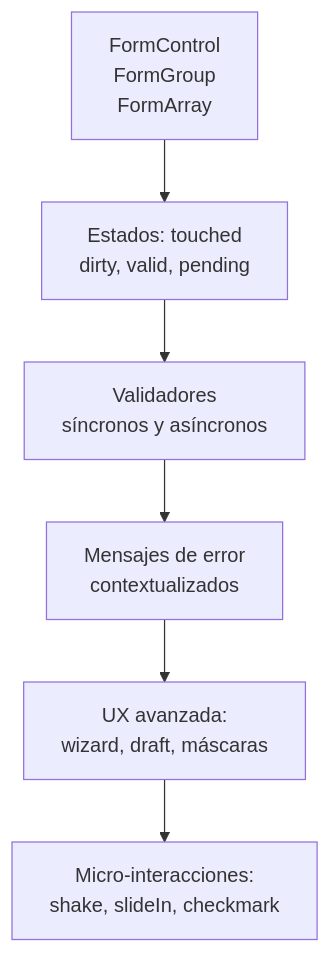
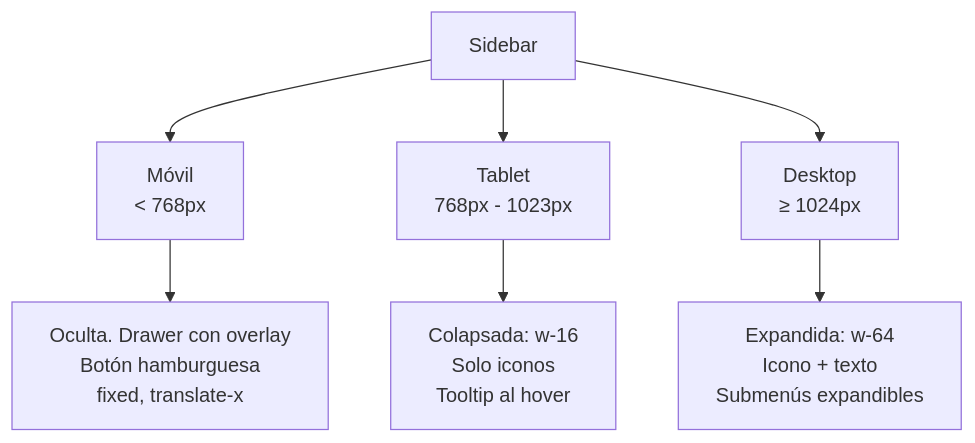
Before and after one commit to Jose-Quesada/presentacion-desarrollo-interfaces-26-27: the third of 4 diagrams in unidad-08.md, drawn with Mermaid. The commit also changed other lines of this file and 52 other files, not shown here.

````diff
--- a/unidad-08.md
+++ b/unidad-08.md
@@ -830,8 +103,9 @@
-```mermaid
+<div class="mermaid">
 graph TD
-    A[FormControl<br/>FormGroup<br/>FormArray] --> B[Estados: touched<br/>dirty, valid, pending]
-    B --> C[Validadores<br/>síncronos y asíncronos]
-    C --> D[Mensajes de error<br/>contextualizados]
-    D --> E[UX avanzada:<br/>wizard, draft, máscaras]
-    E --> F[Micro-interacciones:<br/>shake, slideIn, checkmark]
-```
+    A[Sidebar] --> B[Móvil<br/>< 768px]
+    A --> C[Tablet<br/>768px - 1023px]
+    A --> D[Desktop<br/>≥ 1024px]
+    B --> B1[Oculta. Drawer con overlay<br/>Botón hamburguesa<br/>fixed, translate-x]
+    C --> C1[Colapsada: w-16<br/>Solo iconos<br/>Tooltip al hover]
+    D --> D1[Expandida: w-64<br/>Icono + texto<br/>Submenús expandibles]
+</div>
````
